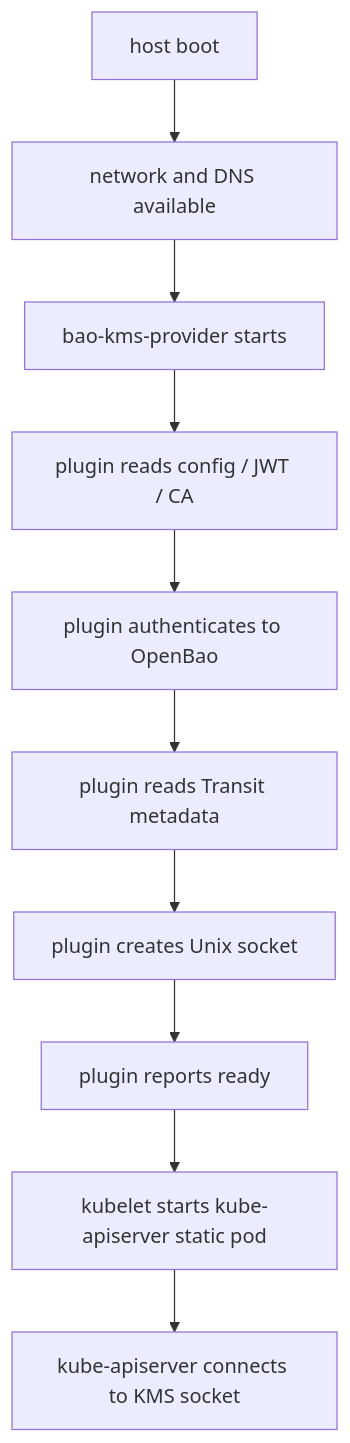
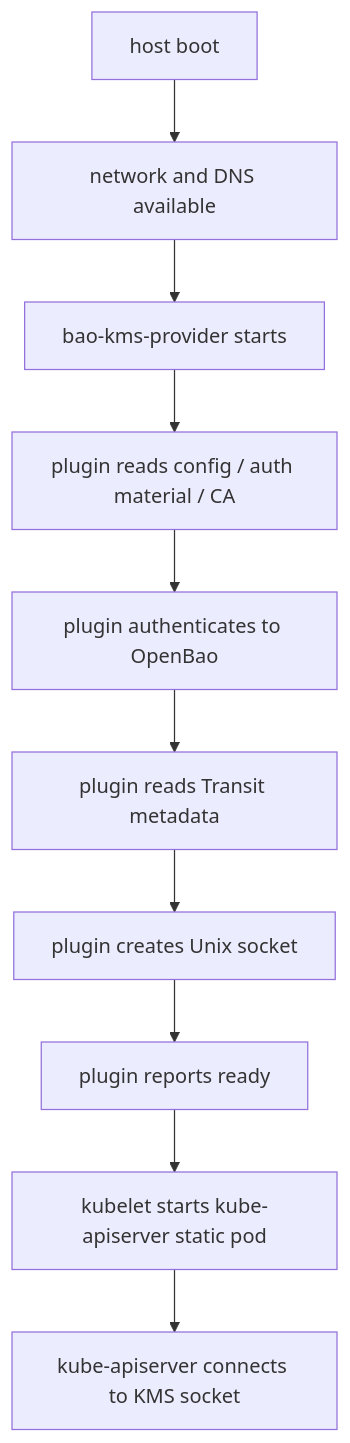
The fifth of 6 diagrams in docs/architecture/overview.md (dc-tec/openbao-kubernetes-kms), drawn with Mermaid before and after one commit. The commit also changed other lines of this file and 30 other files, not shown here.

````diff
--- a/docs/architecture/overview.md
+++ b/docs/architecture/overview.md
@@ -222,15 +222,15 @@
 ```mermaid
 flowchart TD
     A["host boot"]
     B["network and DNS available"]
     C["bao-kms-provider starts"]
-    D["plugin reads config / JWT / CA"]
+    D["plugin reads config / auth material / CA"]
     E["plugin authenticates to OpenBao"]
     F["plugin reads Transit metadata"]
     G["plugin creates Unix socket"]
     H["plugin reports ready"]
     I["kubelet starts kube-apiserver static pod"]
     J["kube-apiserver connects to KMS socket"]
 
     A --> B --> C --> D --> E --> F --> G --> H --> I --> J
 ```
````
